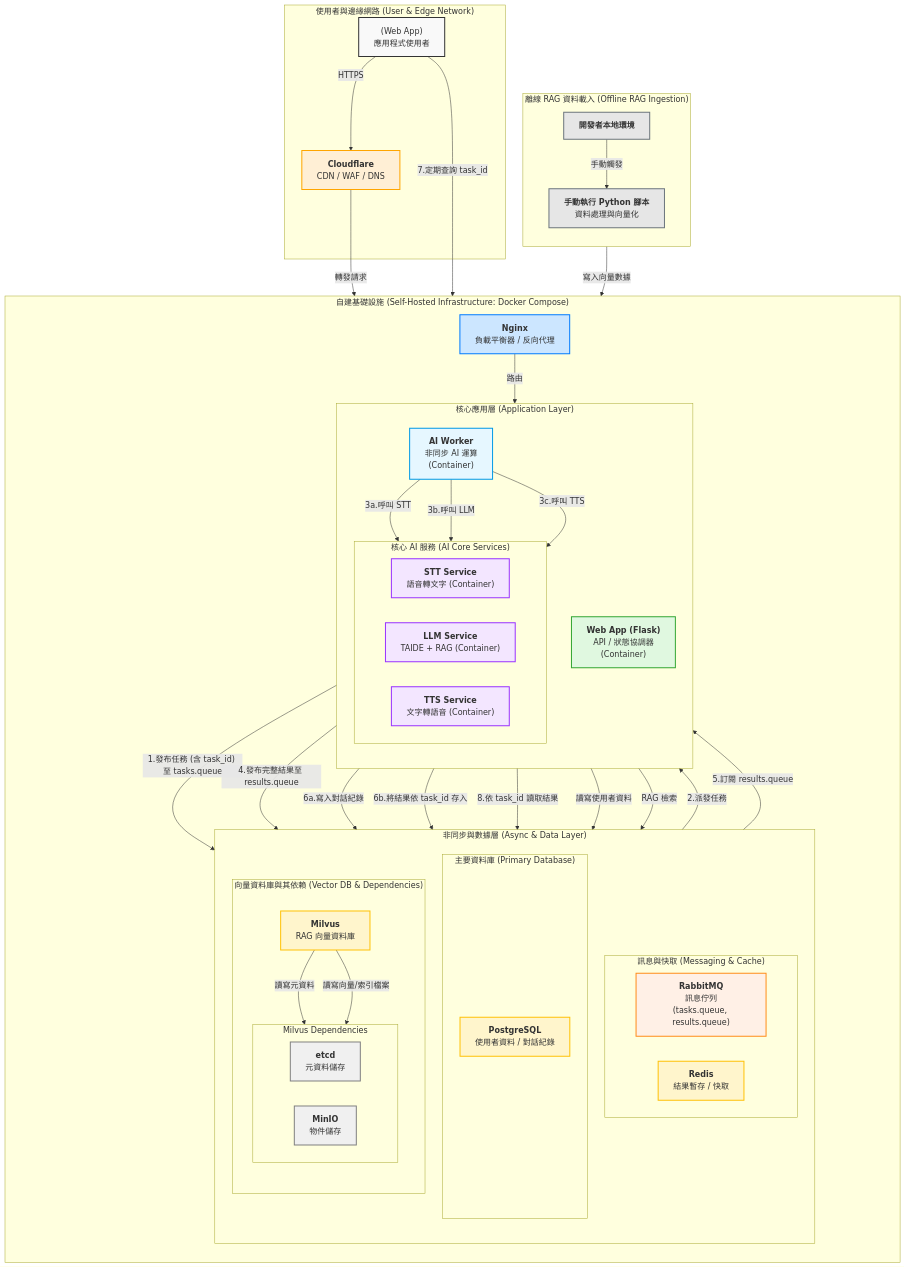
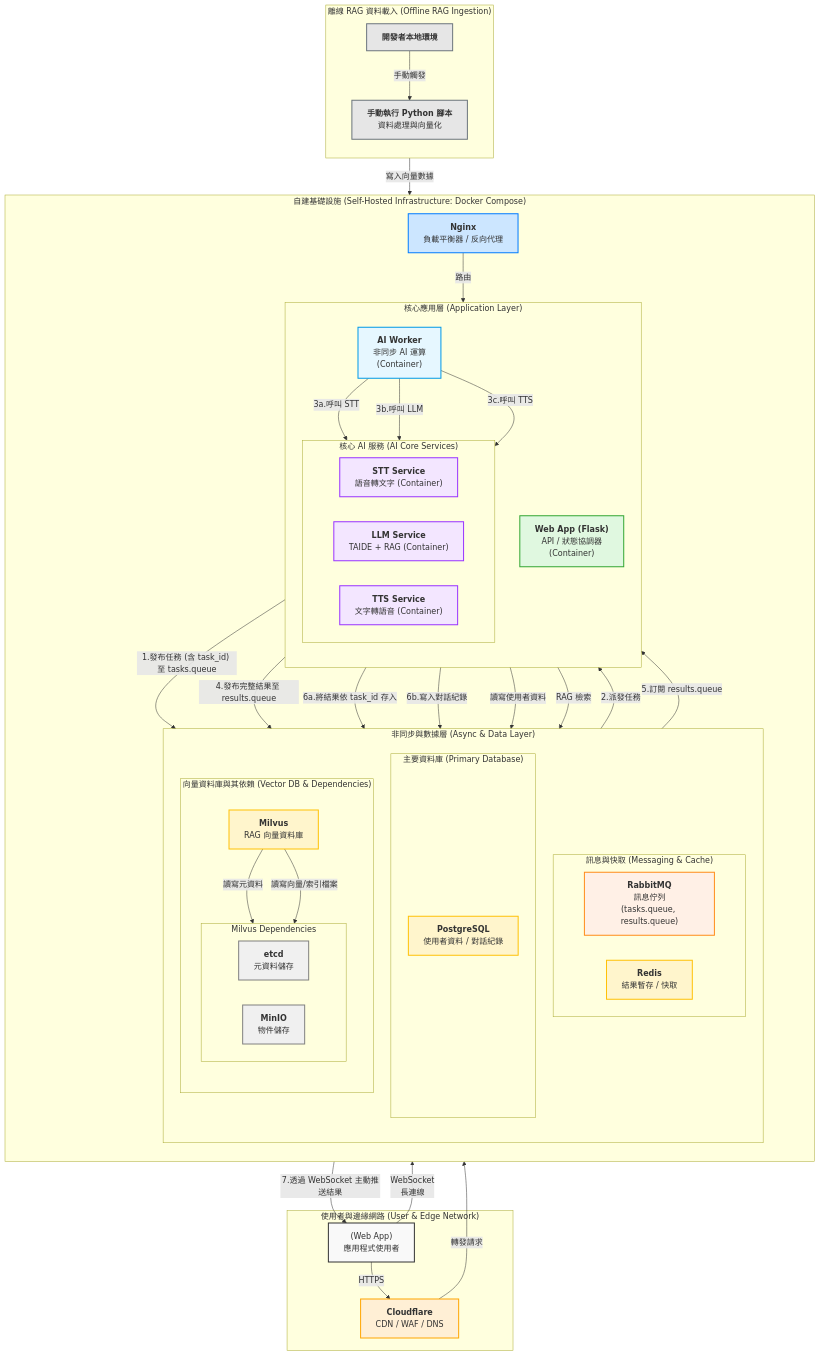
Before and after one commit to allen8196/beloved_grandson: the diagram in document/架構文件.md, drawn with Mermaid. The commit also changed other lines of this file and 2 other files, not shown here.

Commit message:
新增WebSocket

```diff
--- a/document/架構文件.md
+++ b/document/架構文件.md
@@ -93,12 +93,12 @@
     AIWorker -- "3c.呼叫 TTS" --> TTS
     AIWorker -- "4.發布完整結果至 results.queue" --> RabbitMQ
 
-    %% 結果持久化與查詢流程
+    %% 結果推送與持久化流程
     RabbitMQ -- "5.訂閱 results.queue" --> WebApp
-    WebApp -- "6a.寫入對話紀錄" --> PostgreSQL
-    WebApp -- "6b.將結果依 task_id 存入" --> Redis
-    User -- "7.定期查詢 task_id" --> WebApp
-    WebApp -- "8.依 task_id 讀取結果" --> Redis
+    WebApp -- "6a.將結果依 task_id 存入" --> Redis
+    WebApp -- "6b.寫入對話紀錄" --> PostgreSQL
+    WebApp -- "7.透過 WebSocket 主動推送結果" --> User
+    User -- "WebSocket<br>長連線" --> WebApp
 
     %% Milvus 內部數據流
     Milvus -- "讀寫元資料" --> Etcd
```
